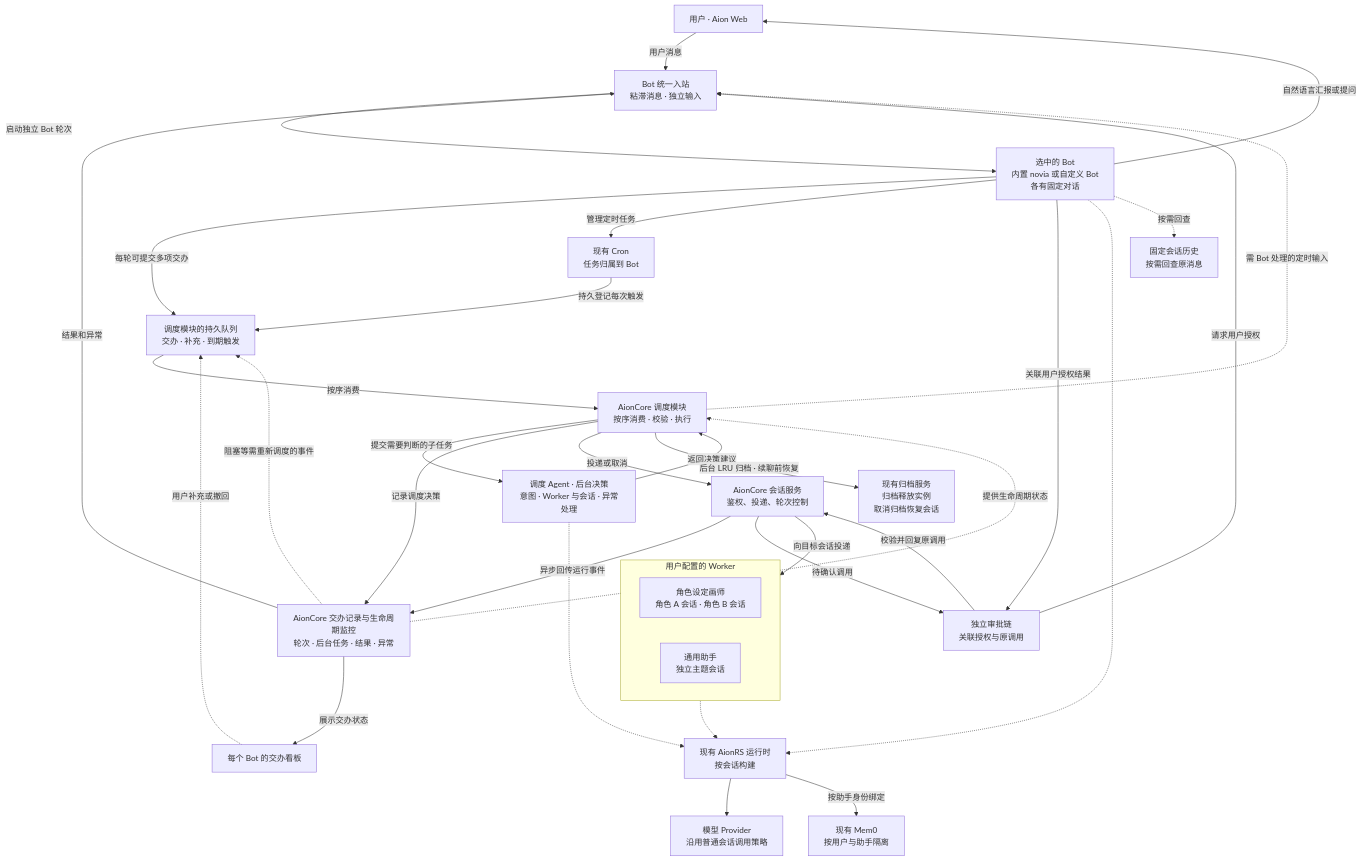
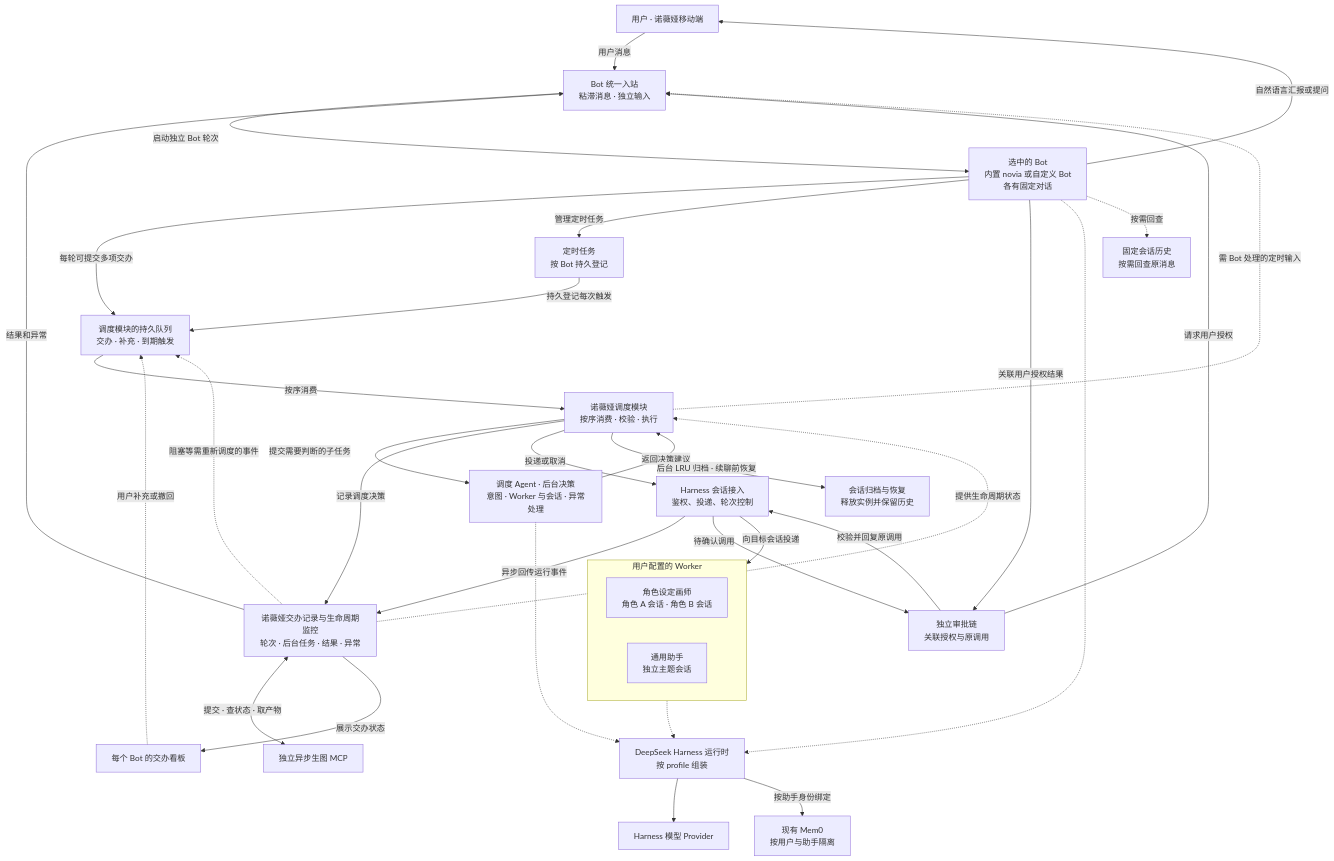
The diagram in docs/assistant-worker-dispatch-prd.md (hoholidayx/Aion), drawn with Mermaid before and after one commit. The commit also changed other lines of this file, not shown here.

Commit message:
docs: adopt DeepSeek Harness for Novia

````diff
--- a/docs/assistant-worker-dispatch-prd.md
+++ b/docs/assistant-worker-dispatch-prd.md
@@ -25,56 +31,58 @@
 ```mermaid
 flowchart TB
-    User["用户 · Aion Web"]
+    User["用户 · 诺薇娅移动端"]
     Bot["选中的 Bot<br/>内置 novia 或自定义 Bot<br/>各有固定对话"]
     Queue["调度模块的持久队列<br/>交办 · 补充 · 到期触发"]
-    Dispatch["AionCore 调度模块<br/>按序消费 · 校验 · 执行"]
+    Dispatch["诺薇娅调度模块<br/>按序消费 · 校验 · 执行"]
     Decision["调度 Agent · 后台决策<br/>意图 · Worker 与会话 · 异常处理"]
-    Tasks["AionCore 交办记录与生命周期监控<br/>轮次 · 后台任务 · 结果 · 异常"]
+    Tasks["诺薇娅交办记录与生命周期监控<br/>轮次 · 后台任务 · 结果 · 异常"]
     Inbox["Bot 统一入站<br/>粘滞消息 · 独立输入"]
     Approval["独立审批链<br/>关联授权与原调用"]
-    Sessions["AionCore 会话服务<br/>鉴权、投递、轮次控制"]
-    Cron["现有 Cron<br/>任务归属到 Bot"]
+    Sessions["Harness 会话接入<br/>鉴权、投递、轮次控制"]
+    Cron["定时任务<br/>按 Bot 持久登记"]
     Board["每个 Bot 的交办看板"]
-    Archive["现有归档服务<br/>归档释放实例<br/>取消归档恢复会话"]
-    Runtime["现有 AionRS 运行时<br/>按会话构建"]
-    Provider["模型 Provider<br/>沿用普通会话调用策略"]
+    Archive["会话归档与恢复<br/>释放实例并保留历史"]
+    Runtime["DeepSeek Harness 运行时<br/>按 profile 组装"]
+    Provider["Harness 模型 Provider"]
+    Image["独立异步生图 MCP"]
     Memory["现有 Mem0<br/>按用户与助手隔离"]
     History["固定会话历史<br/>按需回查原消息"]
 
     subgraph Workers["用户配置的 Worker"]
         direction LR
         Artist["角色设定画师<br/>角色 A 会话 · 角色 B 会话"]
         General["通用助手<br/>独立主题会话"]
     end
 
     User -->|用户消息| Inbox
     Bot -->|每轮可提交多项交办| Queue
     Queue -->|按序消费| Dispatch
     Bot -->|管理定时任务| Cron
     Cron -->|持久登记每次触发| Queue
     Dispatch -->|提交需要判断的子任务| Decision
     Decision -->|返回决策建议| Dispatch
     Dispatch -->|记录调度决策| Tasks
     Dispatch -->|投递或取消| Sessions
     Dispatch -.->|需 Bot 处理的定时输入| Inbox
     Sessions -->|向目标会话投递| Workers
     Sessions -->|异步回传运行事件| Tasks
+    Tasks <-->|提交 · 查状态 · 取产物| Image
     Tasks -->|结果和异常| Inbox
     Inbox -->|启动独立 Bot 轮次| Bot
     Bot -->|自然语言汇报或提问| User
     Sessions -->|待确认调用| Approval
     Approval -->|请求用户授权| Inbox
     Bot -->|关联用户授权结果| Approval
     Approval -->|校验并回复原调用| Sessions
     Tasks -->|展示交办状态| Board
     Tasks -.->|阻塞等需重新调度的事件| Queue
     Board -.->|用户补充或撤回| Queue
     Tasks -.->|提供生命周期状态| Dispatch
     Dispatch -->|后台 LRU 归档 · 续聊前恢复| Archive
     Bot -.-> Runtime
     Decision -.-> Runtime
     Workers -.-> Runtime
     Runtime --> Provider
     Runtime -->|按助手身份绑定| Memory
     Bot -.->|按需回查| History
 ```
````
